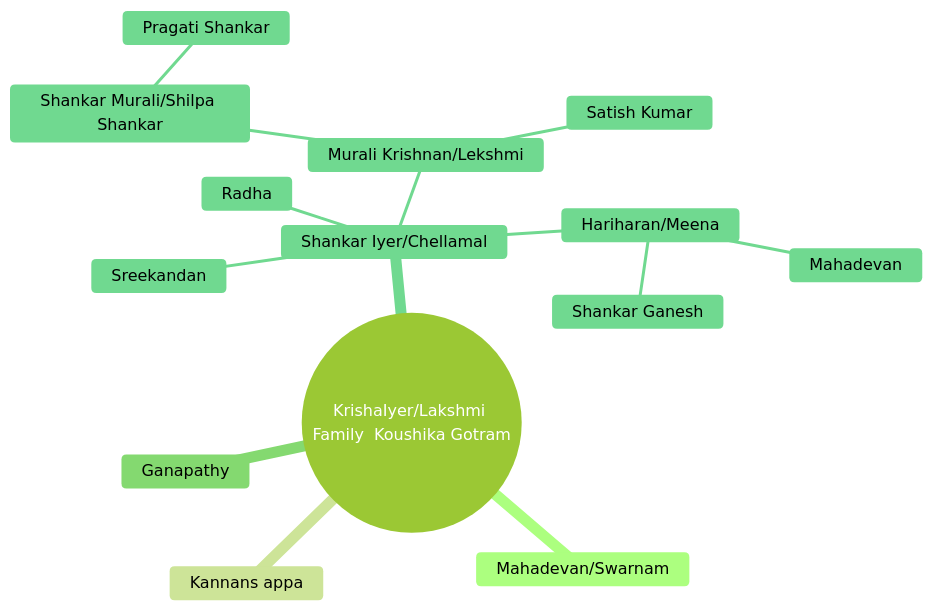
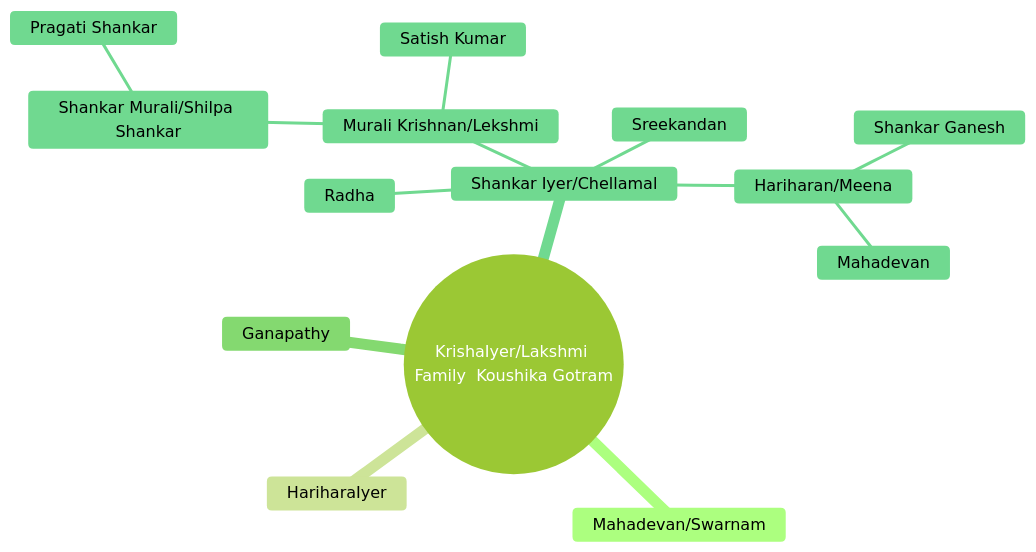
The diagram in FamilyLineage.md (shkgiri/FamilyLineage), drawn with Mermaid (forest theme) before and after one commit.

````diff
--- a/FamilyLineage.md
+++ b/FamilyLineage.md
@@ -3,17 +3,17 @@
 ```mermaid
 mindmap
   root((KrishaIyer/Lakshmi Family  Koushika Gotram))
        Mahadevan/Swarnam
-       Kannans appa
+       HariharaIyer
        Ganapathy
        Shankar Iyer/Chellamal
         Murali Krishnan/Lekshmi
          Shankar Murali/Shilpa Shankar
           Pragati Shankar
          Satish Kumar
         Hariharan/Meena
          Shankar Ganesh
          Mahadevan
         Sreekandan
         Radha
 ```
````
